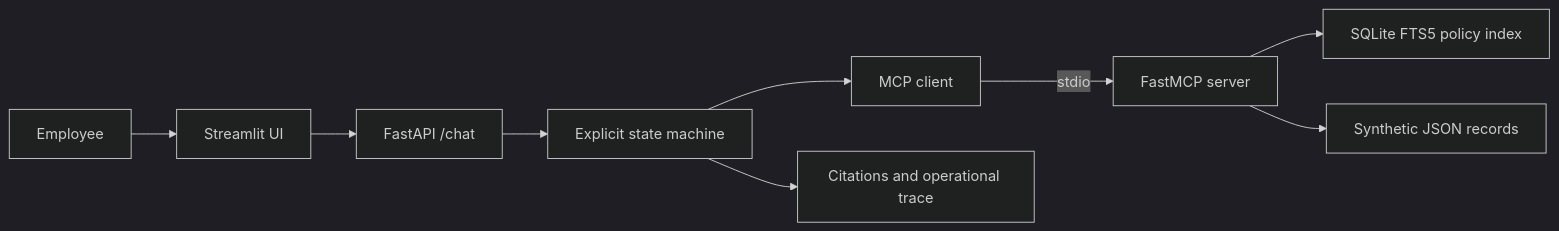
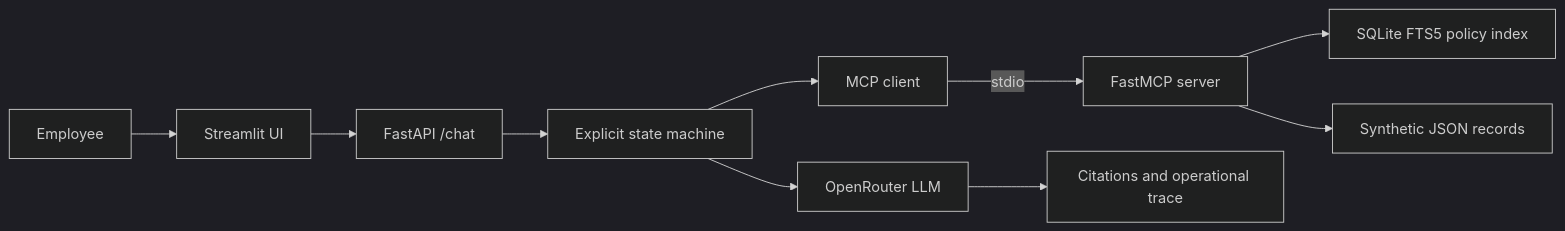
The diagram in README.md (linzlive14-dot/RAGs-to-Riches), drawn with Mermaid (dark theme) before and after one commit. The commit also changed other lines of this file and 7 other files, not shown here.

Commit message:
Add grounded OpenRouter answer generation

````diff
--- a/README.md
+++ b/README.md
@@ -13,11 +13,12 @@
 ```mermaid
 flowchart LR
     Employee --> UI[Streamlit UI]
     UI --> API[FastAPI /chat]
     API --> Agent[Explicit state machine]
     Agent --> Client[MCP client]
     Client -->|stdio| Server[FastMCP server]
     Server --> Index[SQLite FTS5 policy index]
     Server --> Data[Synthetic JSON records]
-    Agent --> Output[Citations and operational trace]
+    Agent --> LLM[OpenRouter LLM]
+    LLM --> Output[Citations and operational trace]
 ```
````
